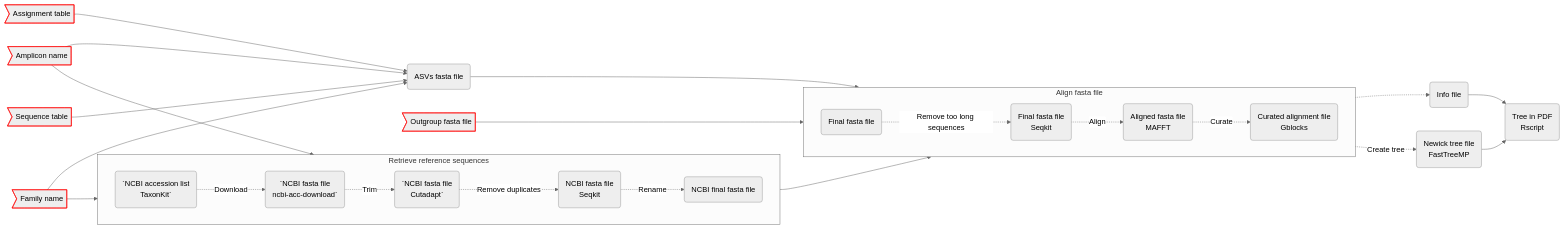
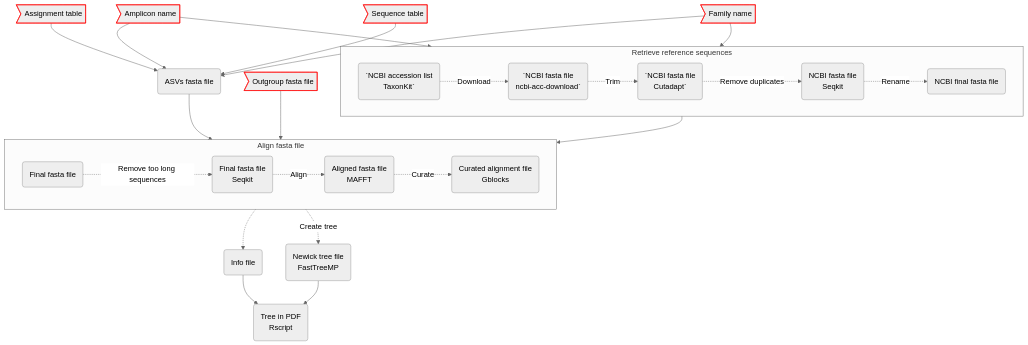
Before and after one commit to Enorya/Phylo-tree_eDNA: the diagram in README.md, drawn with Mermaid (neutral theme).

````diff
--- a/README.md
+++ b/README.md
@@ -20,47 +20,47 @@
 ```mermaid
-flowchart LR
+flowchart TB
 	amplicon>Amplicon name]
 	family>Family name]
 	Assign>Assignment table]
 	Seq>Sequence table]
 	Out>Outgroup fasta file]
 	step1(`NCBI accession list
 TaxonKit`)
 	step2(`NCBI fasta file
 ncbi-acc-download`)
 	step3(`NCBI fasta file
 Cutadapt`)
 	step4(NCBI fasta file
 Seqkit)
 	step5(NCBI final fasta file)
 	step6(ASVs fasta file)
 	step7(Final fasta file)
 	step8(Final fasta file
 Seqkit)
 	step9(Aligned fasta file
 MAFFT)
 	step10(Curated alignment file
 Gblocks)
 	step11(Newick tree file
 FastTreeMP)
 	step12(Info file)
 	step13(Tree in PDF
 Rscript)
 
 	subgraph "Retrieve reference sequences"
 		direction LR
         	step1 -.->|Download| step2 -.->|Trim| step3 -.->|Remove duplicates| step4 -.->|Rename| step5
 	end
 	subgraph "Align fasta file"
 		direction LR
         	step7 -.->|Remove too long sequences| step8 -.->|Align| step9 -.->|Curate| step10
 	end
 	amplicon:::red --> step1
 	family:::red --> step1
 	amplicon:::red & Assign:::red & Seq:::red & family:::red --> step6
 	step5 & Out:::red & step6 --> step7
 	step10 -.-> step12 --> step13
 	step10 -.->|Create tree| step11 --> step13
 	classDef red stroke:#f00
 
 ```
````
